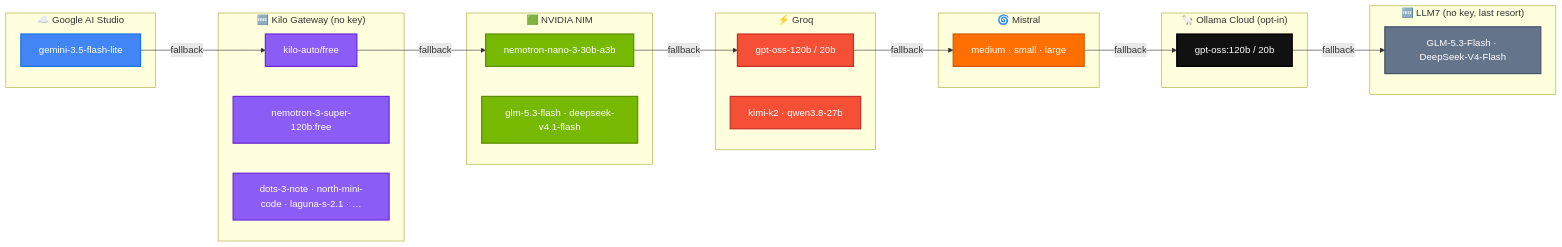
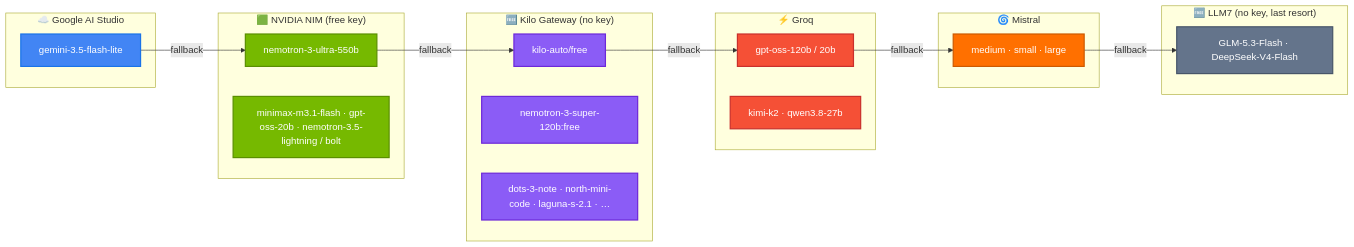
Before and after one commit to kvcops/JobHunterX: the third of 3 diagrams in README.md, drawn with Mermaid. The commit also changed other lines of this file and 9 other files, not shown here.

First line of the commit message:
Remove Ollama Cloud; MiniMax M3.1 Flash tested and placed in the NIM chains

````diff
--- a/README.md
+++ b/README.md
@@ -493,38 +492,34 @@
 ```mermaid
 graph LR
     subgraph Google["☁️ Google AI Studio"]
         G1["gemini-3.5-flash-lite"]
     end
     subgraph Kilo["🆓 Kilo Gateway (no key)"]
         K1["kilo-auto/free"]
         K2["nemotron-3-super-120b:free"]
         K3["dots-3-note · north-mini-code · laguna-s-2.1 · …"]
     end
-    subgraph NIM["🟩 NVIDIA NIM"]
-        N1["nemotron-nano-3-30b-a3b"]
-        N2["glm-5.3-flash · deepseek-v4.1-flash"]
+    subgraph NIM["🟩 NVIDIA NIM (free key)"]
+        N1["nemotron-3-ultra-550b"]
+        N2["minimax-m3.1-flash · gpt-oss-20b · nemotron-3.5-lightning / bolt"]
     end
     subgraph Groq["⚡ Groq"]
         GR1["gpt-oss-120b / 20b"]
         GR2["kimi-k2 · qwen3.8-27b"]
     end
     subgraph Mistral["🌀 Mistral"]
         M1["medium · small · large"]
     end
-    subgraph Ollama["🦙 Ollama Cloud (opt-in)"]
-        O1["gpt-oss:120b / 20b"]
-    end
     subgraph LLM7["🆓 LLM7 (no key, last resort)"]
         L1["GLM-5.3-Flash · DeepSeek-V4-Flash"]
     end
-    G1 -->|fallback| K1 -->|fallback| N1 -->|fallback| GR1 -->|fallback| M1 -->|fallback| O1 -->|fallback| L1
+    G1 -->|fallback| N1 -->|fallback| K1 -->|fallback| GR1 -->|fallback| M1 -->|fallback| L1
 
     classDef google fill:#4285F4,stroke:#1a73e8,color:#fff,stroke-width:2px;
     classDef groq fill:#F55036,stroke:#c9302c,color:#fff,stroke-width:2px;
     classDef mistral fill:#FF7000,stroke:#cc5a00,color:#fff,stroke-width:2px;
     classDef kilo fill:#8B5CF6,stroke:#6d28d9,color:#fff,stroke-width:2px;
     classDef nim fill:#76B900,stroke:#5a8f00,color:#fff,stroke-width:2px;
-    classDef ollama fill:#111,stroke:#000,color:#fff,stroke-width:2px;
     classDef llm7 fill:#64748b,stroke:#475569,color:#fff,stroke-width:2px;
-    class K1,K2,K3 kilo; class N1,N2 nim; class G1 google; class GR1,GR2 groq; class M1 mistral; class O1 ollama; class L1 llm7;
+    class K1,K2,K3 kilo; class N1,N2 nim; class G1 google; class GR1,GR2 groq; class M1 mistral; class L1 llm7;
 ```
````
